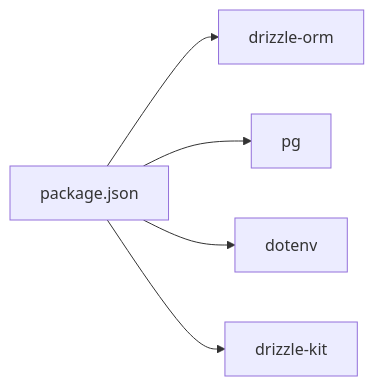
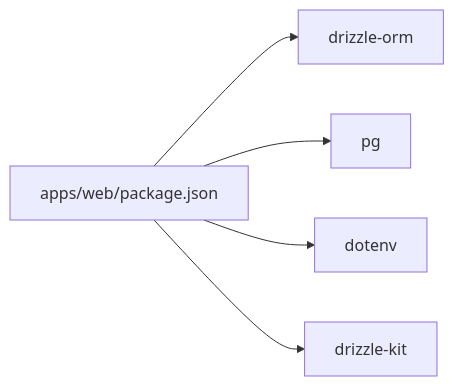
One commit to HAOFUYANG/nextjs-admin changed the sixth of 6 diagrams in .qoder/repowiki/zh/content/数据库集成/数据库集成.md. Above: the diagram before and after it, drawn with Mermaid. The commit also changed other lines of this file and 6 other files, not shown here.

First line of the commit message:
refactor(package): 简化 package.json 脚本配置

````diff
--- a/.qoder/repowiki/zh/content/数据库集成/数据库集成.md
+++ b/.qoder/repowiki/zh/content/数据库集成/数据库集成.md
@@ -302,12 +314,12 @@
 ```mermaid
 graph LR
-Pkg["package.json"]
+Pkg["apps/web/package.json"]
 Dri["drizzle-orm"]
 PgDep["pg"]
 Dot["dotenv"]
 Kit["drizzle-kit"]
 Pkg --> Dri
 Pkg --> PgDep
 Pkg --> Dot
 Pkg --> Kit
 ```
````
